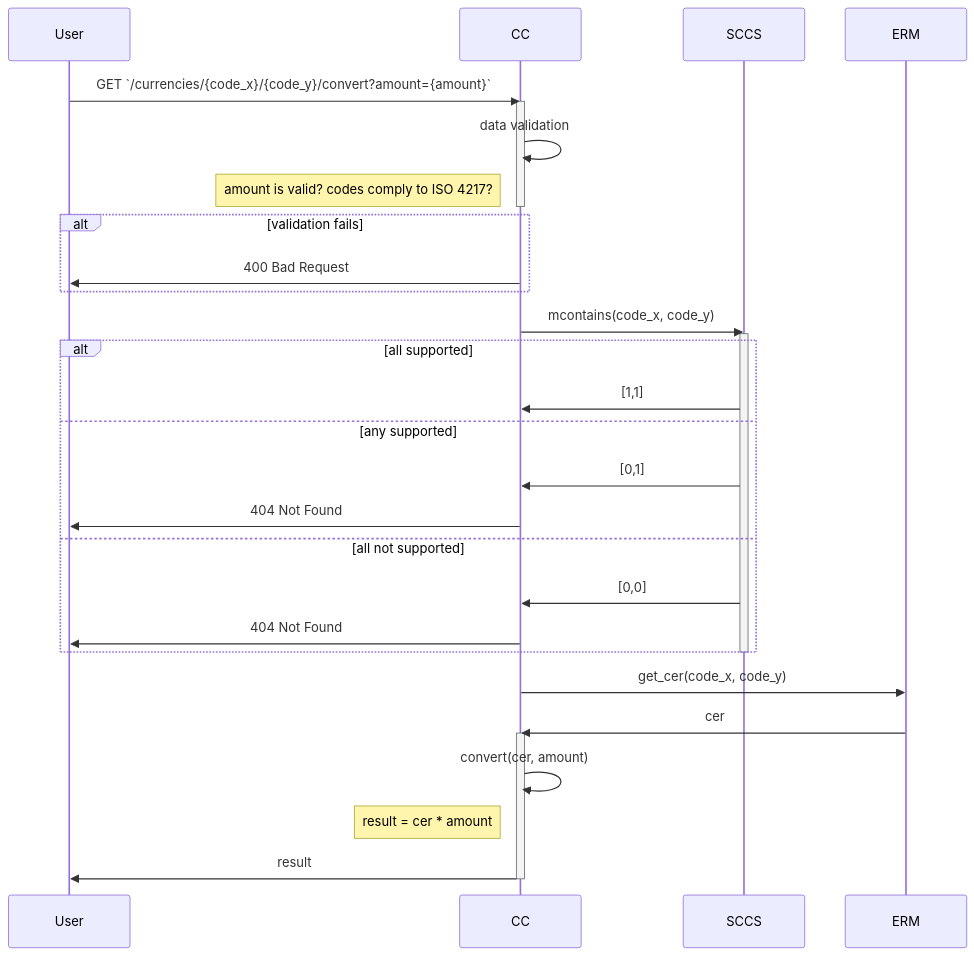
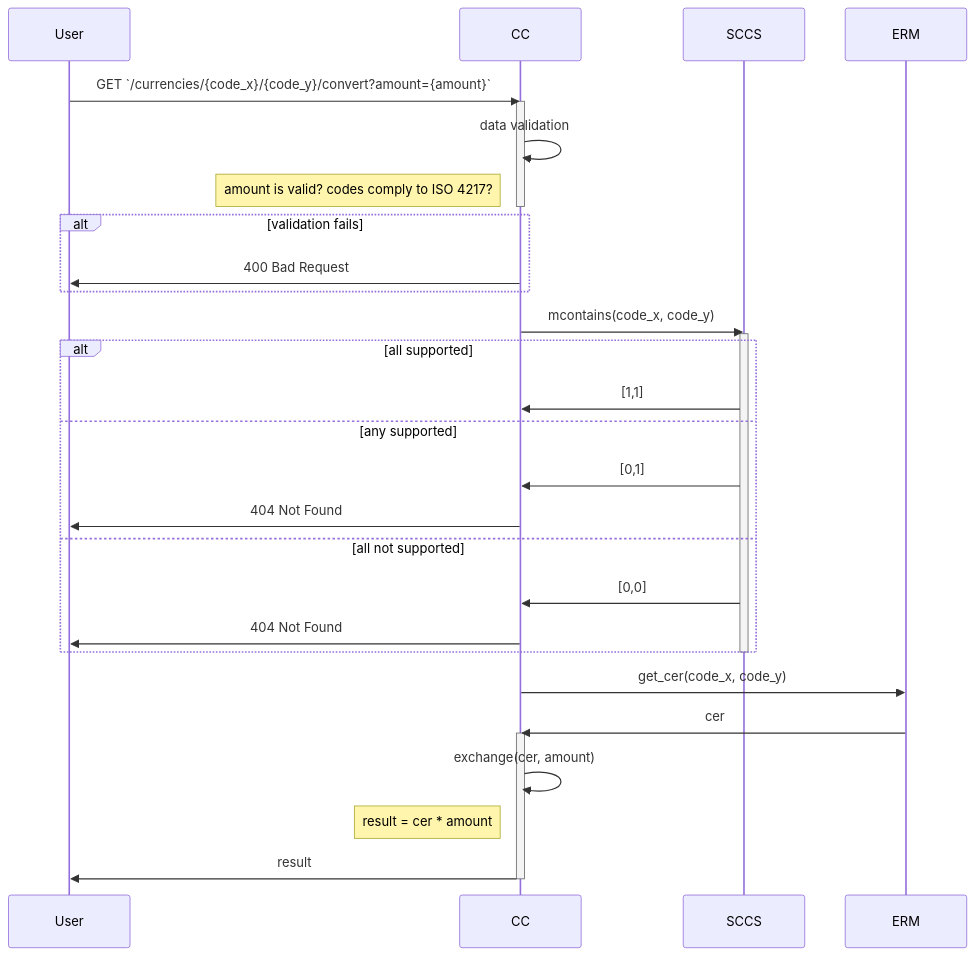
One commit to arkataev/currency_converter changed the second of 2 diagrams in README.md. Above: the diagram before and after it, drawn with Mermaid. The commit also changed other lines of this file and 12 other files, not shown here.

````diff
--- a/README.md
+++ b/README.md
@@ -78,34 +73,34 @@
 ```mermaid
 sequenceDiagram
   User ->> CC: GET `/currencies/{code_x}/{code_y}/convert?amount={amount}`
   
   activate CC
     CC ->> CC: data validation
     Note left of CC: amount is valid? codes comply to ISO 4217?
   deactivate CC
   alt validation fails
     CC ->> User: 400 Bad Request
   end
   CC ->> SCCS: mcontains(code_x, code_y)
   activate SCCS
   alt all supported 
     SCCS ->> CC: [1,1]
   else any supported
      SCCS ->> CC: [0,1]
      CC ->> User: 404 Not Found
   else all not supported
     SCCS ->> CC: [0,0]
     CC ->> User: 404 Not Found
   end
   deactivate SCCS
   
   CC ->> ERM: get_cer(code_x, code_y)
   ERM ->> CC: cer
   
   activate CC
-    CC ->> CC: convert(cer, amount)
+    CC ->> CC: exchange(cer, amount)
     Note left of CC: result = cer * amount
     CC ->> User: result
   deactivate CC
   
 ```
````
